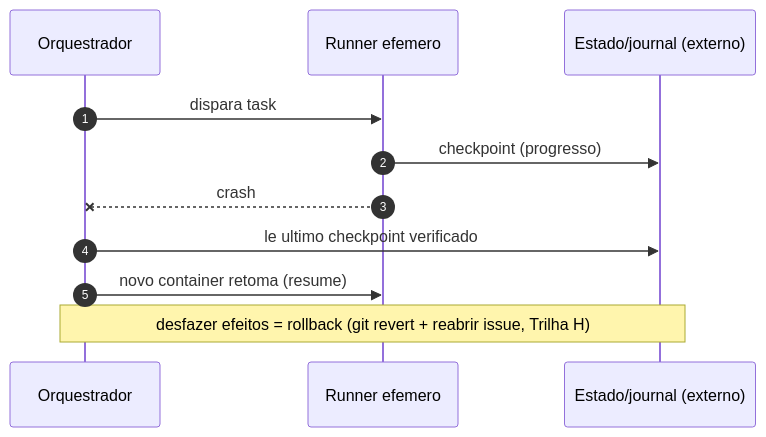
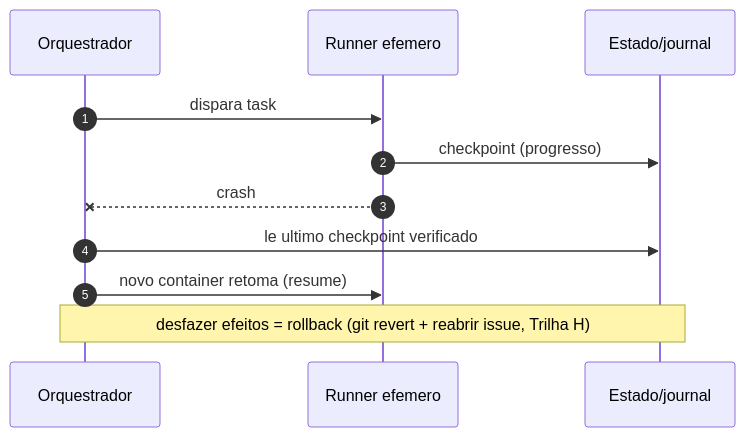
One commit to CenturyBoys/roboto changed the tenth of 10 diagrams in research/ARCHITECTURE-C4.md. Above: the diagram before and after it, drawn with Mermaid. The commit also changed other lines of this file, not shown here.

First line of the commit message:
docs(research): ARCHITECTURE-C4 rev4 — estilo + profundidade

````diff
--- a/research/ARCHITECTURE-C4.md
+++ b/research/ARCHITECTURE-C4.md
@@ -185,13 +250,13 @@
 ```mermaid
 sequenceDiagram
   autonumber
   participant Orq as Orquestrador
   participant R as Runner efemero
-  participant St as Estado/journal (externo)
+  participant St as Estado/journal
   Orq->>R: dispara task
   R->>St: checkpoint (progresso)
   R--xOrq: crash
   Orq->>St: le ultimo checkpoint verificado
   Orq->>R: novo container retoma (resume)
   note over Orq,St: desfazer efeitos = rollback (git revert + reabrir issue, Trilha H)
 ```
````
